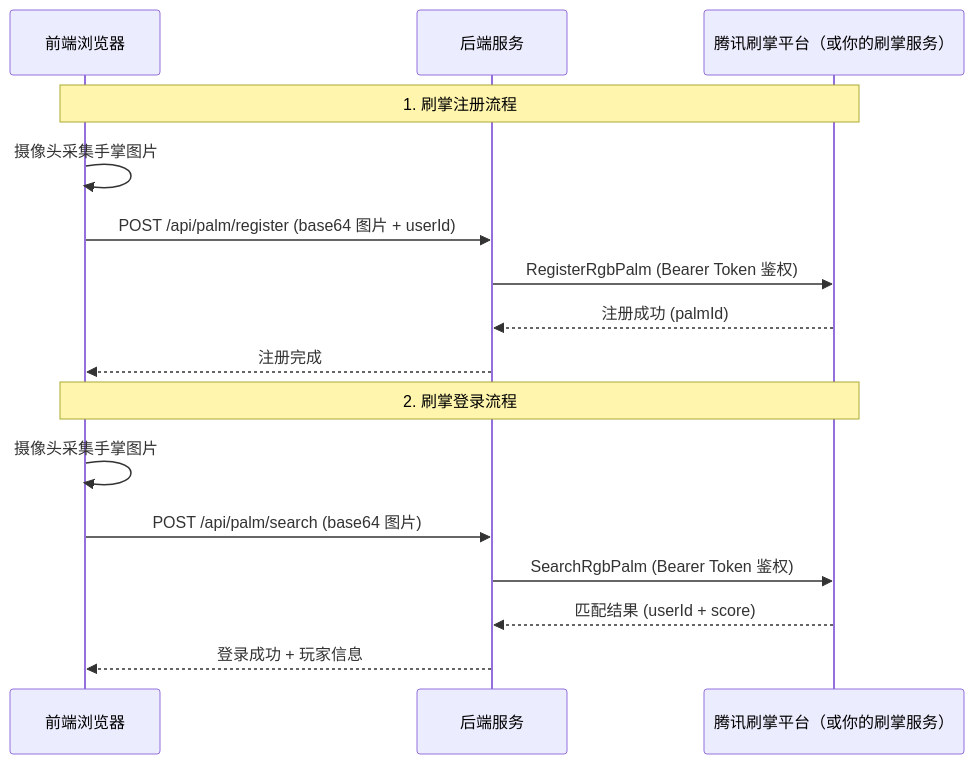
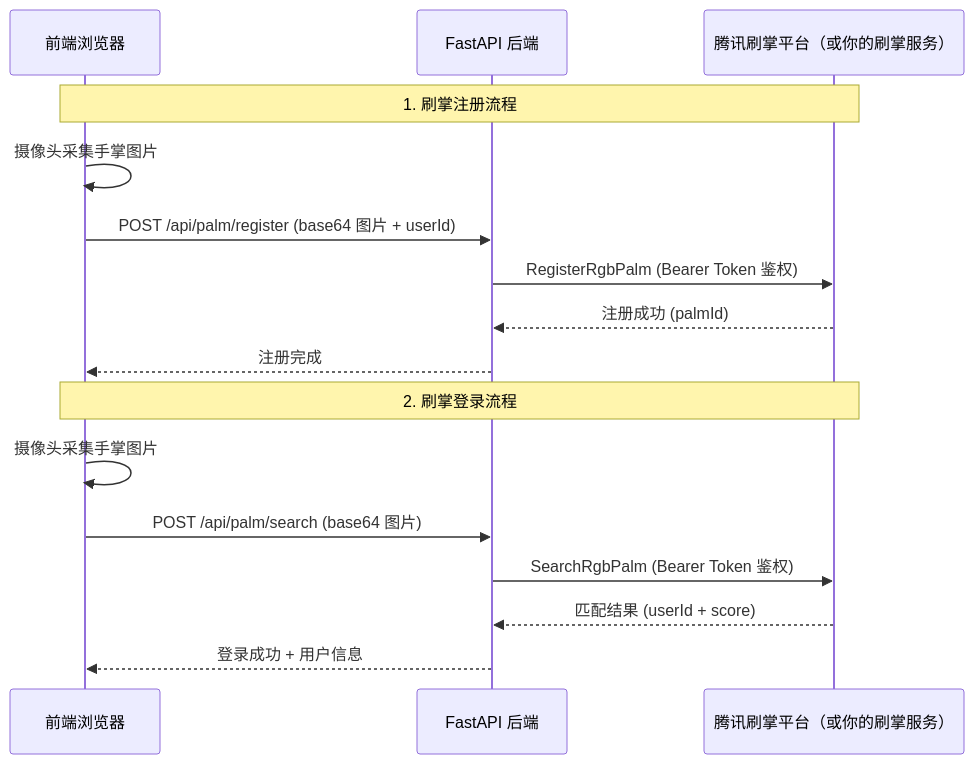
One commit to TencentYoutuResearch/Palm-Applications changed the diagram in README.md. Above: the diagram before and after it, drawn with Mermaid. The commit also changed other lines of this file and 1 other file, not shown here.

````diff
--- a/README.md
+++ b/README.md
@@ -145,20 +42,20 @@
 ```mermaid
 sequenceDiagram
     participant Client as 前端浏览器
-    participant Server as 后端服务
+    participant Server as FastAPI 后端
     participant Palm as 腾讯刷掌平台（或你的刷掌服务）
 
     Note over Client,Palm: 1. 刷掌注册流程
     Client->>Client: 摄像头采集手掌图片
     Client->>Server: POST /api/palm/register (base64 图片 + userId)
     Server->>Palm: RegisterRgbPalm (Bearer Token 鉴权)
     Palm-->>Server: 注册成功 (palmId)
     Server-->>Client: 注册完成
 
     Note over Client,Palm: 2. 刷掌登录流程
     Client->>Client: 摄像头采集手掌图片
     Client->>Server: POST /api/palm/search (base64 图片)
     Server->>Palm: SearchRgbPalm (Bearer Token 鉴权)
     Palm-->>Server: 匹配结果 (userId + score)
-    Server-->>Client: 登录成功 + 玩家信息
+    Server-->>Client: 登录成功 + 用户信息
 ```
````
